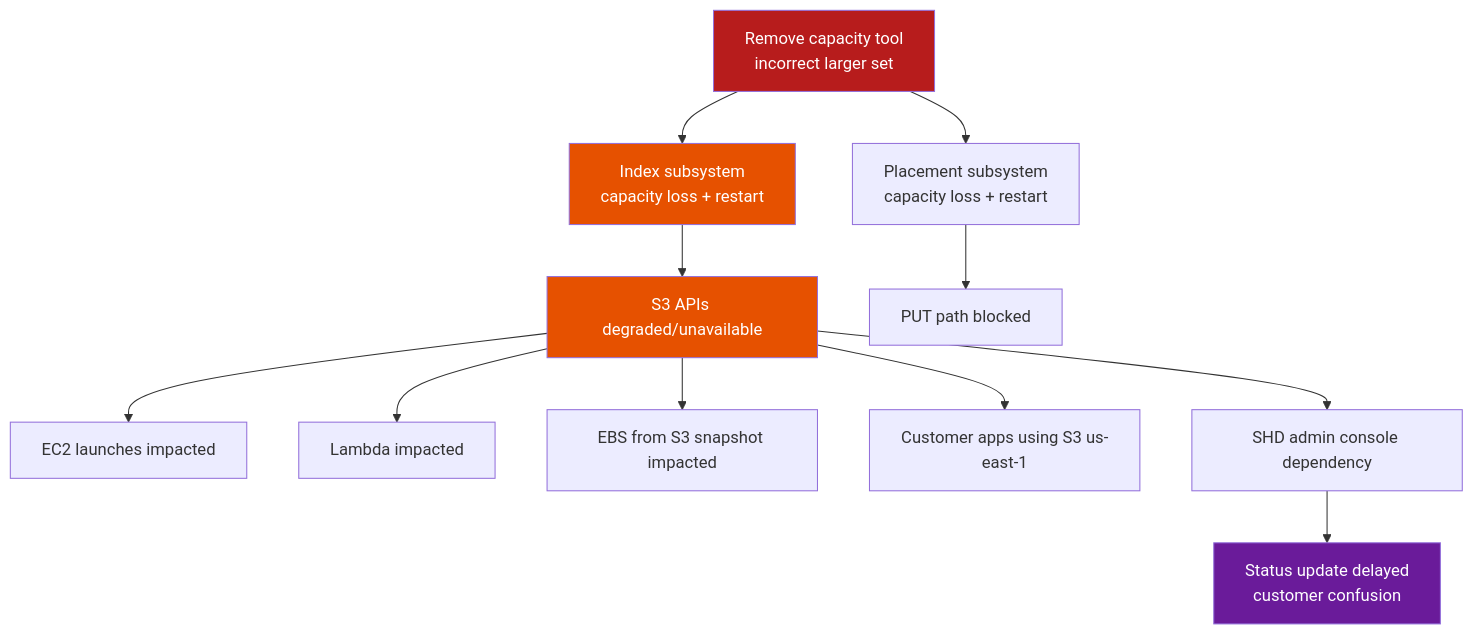
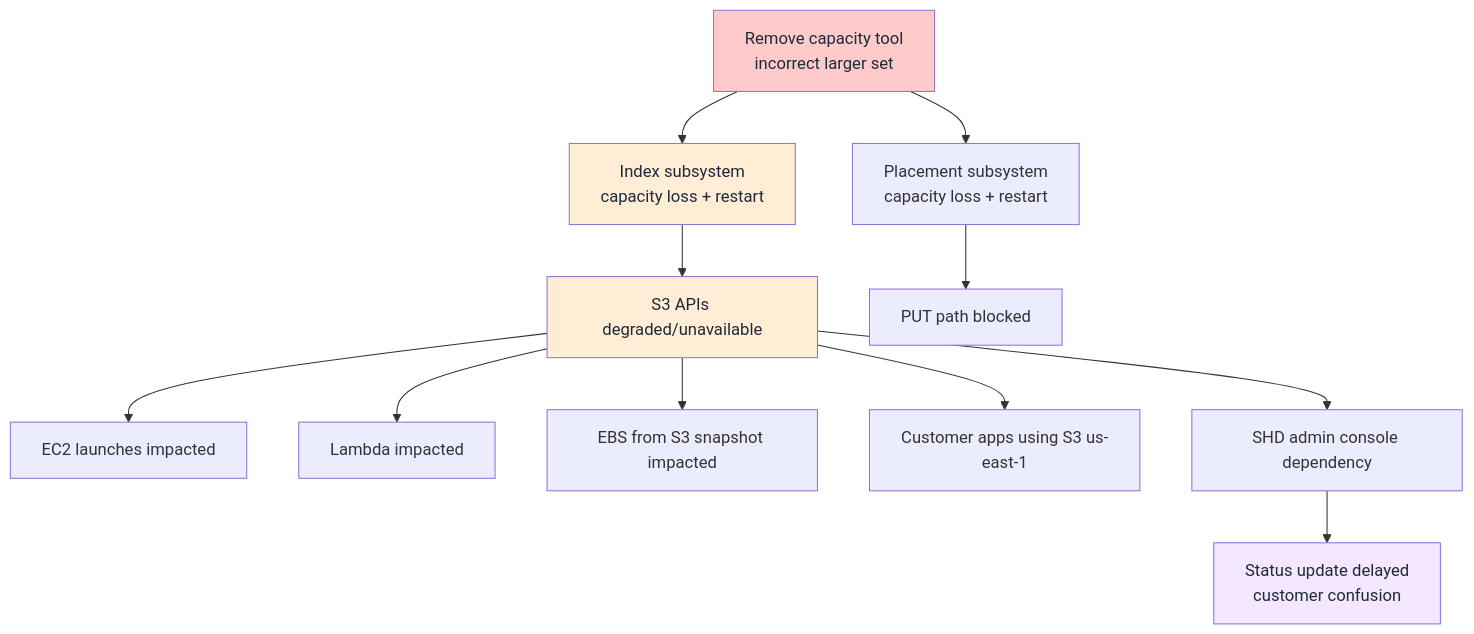
The second of 9 diagrams in docs/en/16-famous-incidents/README.md (XUanhoa04/aiops-engineering-handbook), drawn with Mermaid before and after one commit. The commit also changed other lines of this file and 39 other files, not shown here.

First line of the commit message:
docs: concept-first Ch.08-12, collapse code, soft Mermaid colors

````diff
--- a/docs/en/16-famous-incidents/README.md
+++ b/docs/en/16-famous-incidents/README.md
@@ -277,18 +296,18 @@
 ```mermaid
 flowchart TD
     CMD[Remove capacity tool\nincorrect larger set] --> IDX[Index subsystem\ncapacity loss + restart]
     CMD --> PLC[Placement subsystem\ncapacity loss + restart]
     IDX --> API[S3 APIs degraded/unavailable]
     PLC --> PUT[PUT path blocked]
     API --> EC2[EC2 launches impacted]
     API --> LBD[Lambda impacted]
     API --> EBS[EBS from S3 snapshot impacted]
     API --> CUST[Customer apps using S3 us-east-1]
     API --> SHD[SHD admin console dependency]
     SHD --> COMMS[Status update delayed\ncustomer confusion]
 
-    style CMD fill:#b71c1c,color:#fff
-    style IDX fill:#e65100,color:#fff
-    style API fill:#e65100,color:#fff
-    style COMMS fill:#6a1b9a,color:#fff
+    style CMD fill:#fecaca,color:#1e293b
+    style IDX fill:#ffedd5,color:#1e293b
+    style API fill:#ffedd5,color:#1e293b
+    style COMMS fill:#f3e8ff,color:#1e293b
 ```
````
